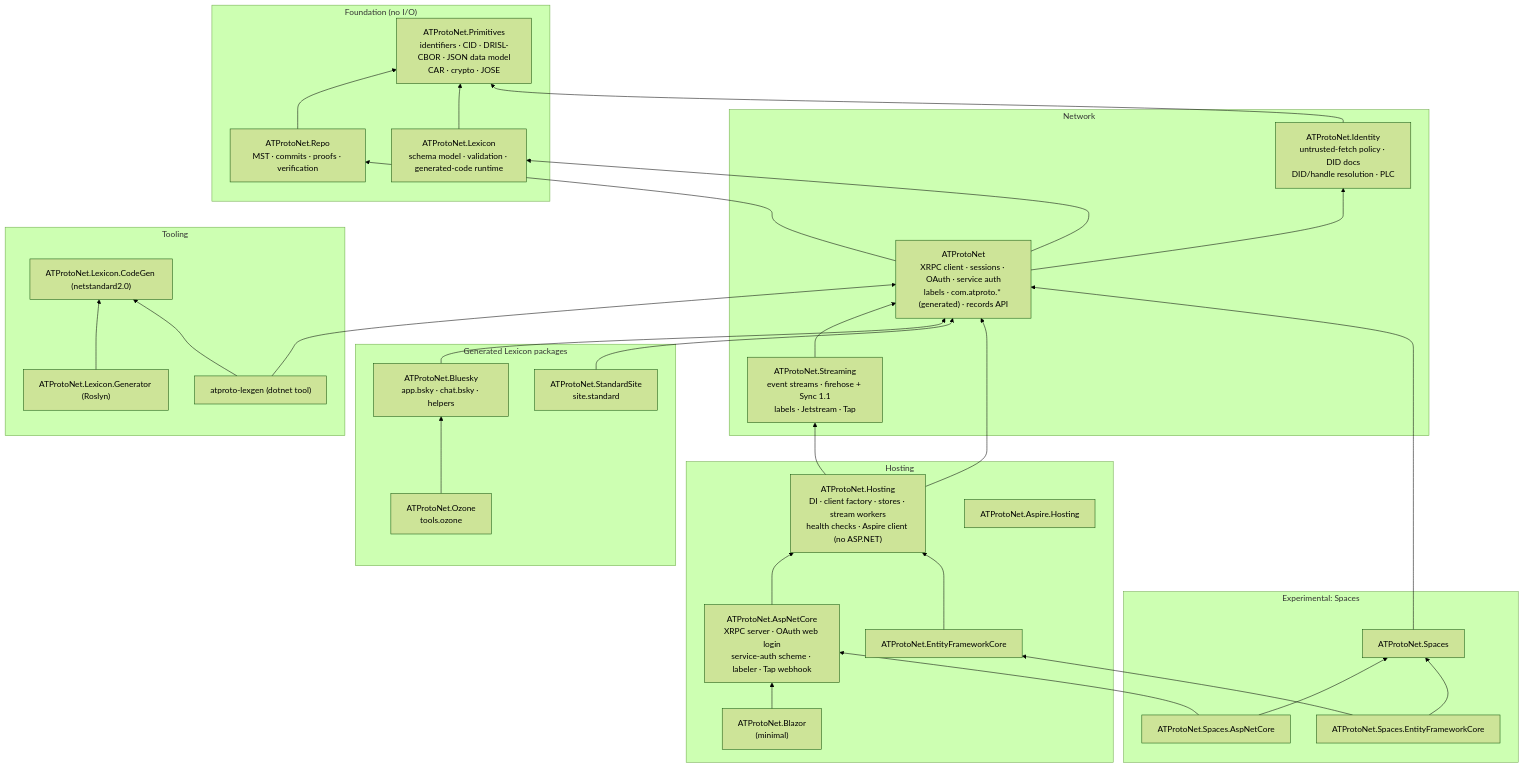
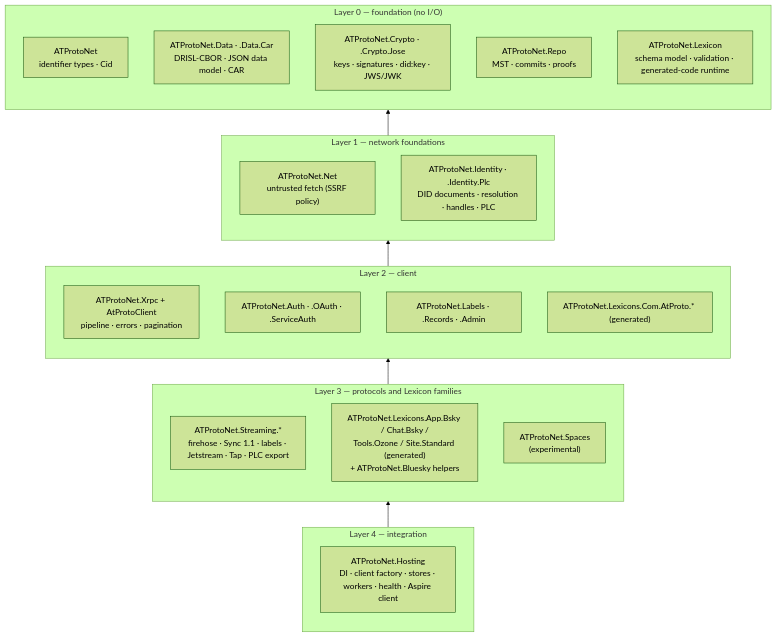
Before and after one commit to Grandiras/ATProto.NET: the second of 6 diagrams in design/02-architecture.md, drawn with Mermaid (forest theme). The commit also changed other lines of this file and 24 other files, not shown here.

````diff
--- a/design/02-architecture.md
+++ b/design/02-architecture.md
@@ -9,59 +61,32 @@
 ```mermaid
 flowchart BT
-    subgraph Foundation["Foundation (no I/O)"]
-        PRIM["ATProtoNet.Primitives<br/>identifiers · CID · DRISL-CBOR · JSON data model<br/>CAR · crypto · JOSE"]
-        REPO["ATProtoNet.Repo<br/>MST · commits · proofs · verification"]
+    subgraph L0["Layer 0 — foundation (no I/O)"]
+        SYN["ATProtoNet<br/>identifier types · Cid"]
+        DATA["ATProtoNet.Data · .Data.Car<br/>DRISL-CBOR · JSON data model · CAR"]
+        CRY["ATProtoNet.Crypto · .Crypto.Jose<br/>keys · signatures · did:key · JWS/JWK"]
+        REPO["ATProtoNet.Repo<br/>MST · commits · proofs"]
         LEX["ATProtoNet.Lexicon<br/>schema model · validation · generated-code runtime"]
     end
-    subgraph Network["Network"]
-        IDN["ATProtoNet.Identity<br/>untrusted-fetch policy · DID docs<br/>DID/handle resolution · PLC"]
-        CORE["ATProtoNet<br/>XRPC client · sessions · OAuth · service auth<br/>labels · com.atproto.* (generated) · records API"]
-        STR["ATProtoNet.Streaming<br/>event streams · firehose + Sync 1.1<br/>labels · Jetstream · Tap"]
+    subgraph L1["Layer 1 — network foundations"]
+        NET["ATProtoNet.Net<br/>untrusted fetch (SSRF policy)"]
+        IDN["ATProtoNet.Identity · .Identity.Plc<br/>DID documents · resolution · handles · PLC"]
     end
-    subgraph Lexicons["Generated Lexicon packages"]
-        BSKY["ATProtoNet.Bluesky<br/>app.bsky · chat.bsky · helpers"]
-        OZ["ATProtoNet.Ozone<br/>tools.ozone"]
-        SS["ATProtoNet.StandardSite<br/>site.standard"]
+    subgraph L2["Layer 2 — client"]
+        XRPC["ATProtoNet.Xrpc + AtProtoClient<br/>pipeline · errors · pagination"]
+        AUTH["ATProtoNet.Auth · .OAuth · .ServiceAuth"]
+        MISC["ATProtoNet.Labels · .Records · .Admin"]
+        GCORE["ATProtoNet.Lexicons.Com.AtProto.* (generated)"]
     end
-    subgraph Hosting["Hosting"]
-        HOST["ATProtoNet.Hosting<br/>DI · client factory · stores · stream workers<br/>health checks · Aspire client (no ASP.NET)"]
-        ASP["ATProtoNet.AspNetCore<br/>XRPC server · OAuth web login<br/>service-auth scheme · labeler · Tap webhook"]
-        EF["ATProtoNet.EntityFrameworkCore"]
-        BZ["ATProtoNet.Blazor<br/>(minimal)"]
-        ASPIRE["ATProtoNet.Aspire.Hosting"]
+    subgraph L3["Layer 3 — protocols and Lexicon families"]
+        STR["ATProtoNet.Streaming.*<br/>firehose · Sync 1.1 · labels · Jetstream · Tap · PLC export"]
+        GFAM["ATProtoNet.Lexicons.App.Bsky / Chat.Bsky /<br/>Tools.Ozone / Site.Standard (generated)<br/>+ ATProtoNet.Bluesky helpers"]
+        SPC["ATProtoNet.Spaces<br/>(experimental)"]
     end
-    subgraph Experimental["Experimental: Spaces"]
-        SPC["ATProtoNet.Spaces"]
-        SPCS["ATProtoNet.Spaces.AspNetCore"]
-        SPCE["ATProtoNet.Spaces.EntityFrameworkCore"]
+    subgraph L4["Layer 4 — integration"]
+        HOST["ATProtoNet.Hosting<br/>DI · client factory · stores · workers · health · Aspire client"]
     end
-    subgraph Tooling["Tooling"]
-        CG["ATProtoNet.Lexicon.CodeGen (netstandard2.0)"]
-        GEN["ATProtoNet.Lexicon.Generator (Roslyn)"]
-        CLI["atproto-lexgen (dotnet tool)"]
-    end
-
-    REPO --> PRIM
-    LEX --> PRIM
-    IDN --> PRIM
-    CORE --> IDN
-    CORE --> LEX
-    CORE --> REPO
-    STR --> CORE
-    BSKY --> CORE
-    OZ --> BSKY
-    SS --> CORE
-    HOST --> CORE
-    HOST --> STR
-    ASP --> HOST
-    EF --> HOST
-    BZ --> ASP
-    SPC --> CORE
-    SPCS --> SPC
-    SPCS --> ASP
-    SPCE --> SPC
-    SPCE --> EF
-    GEN --> CG
-    CLI --> CG
-    CLI --> CORE
+    L1 --> L0
+    L2 --> L1
+    L3 --> L2
+    L4 --> L3
 ```
````
